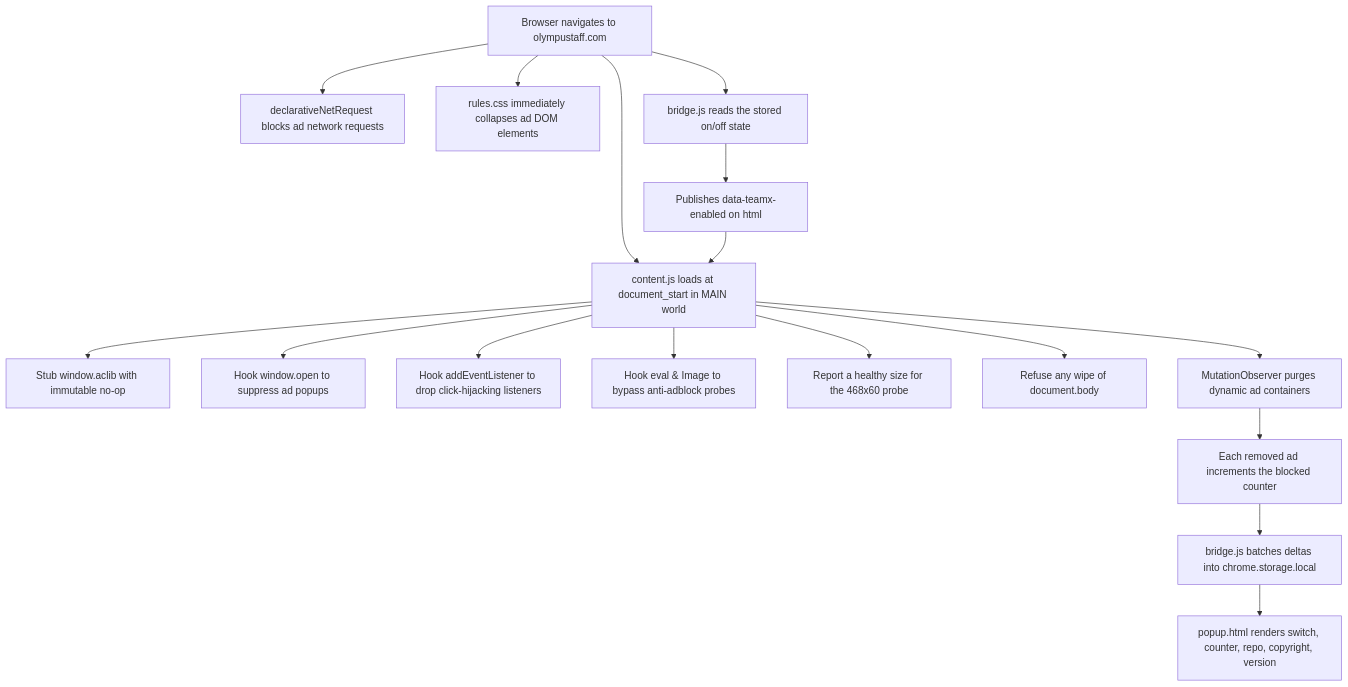
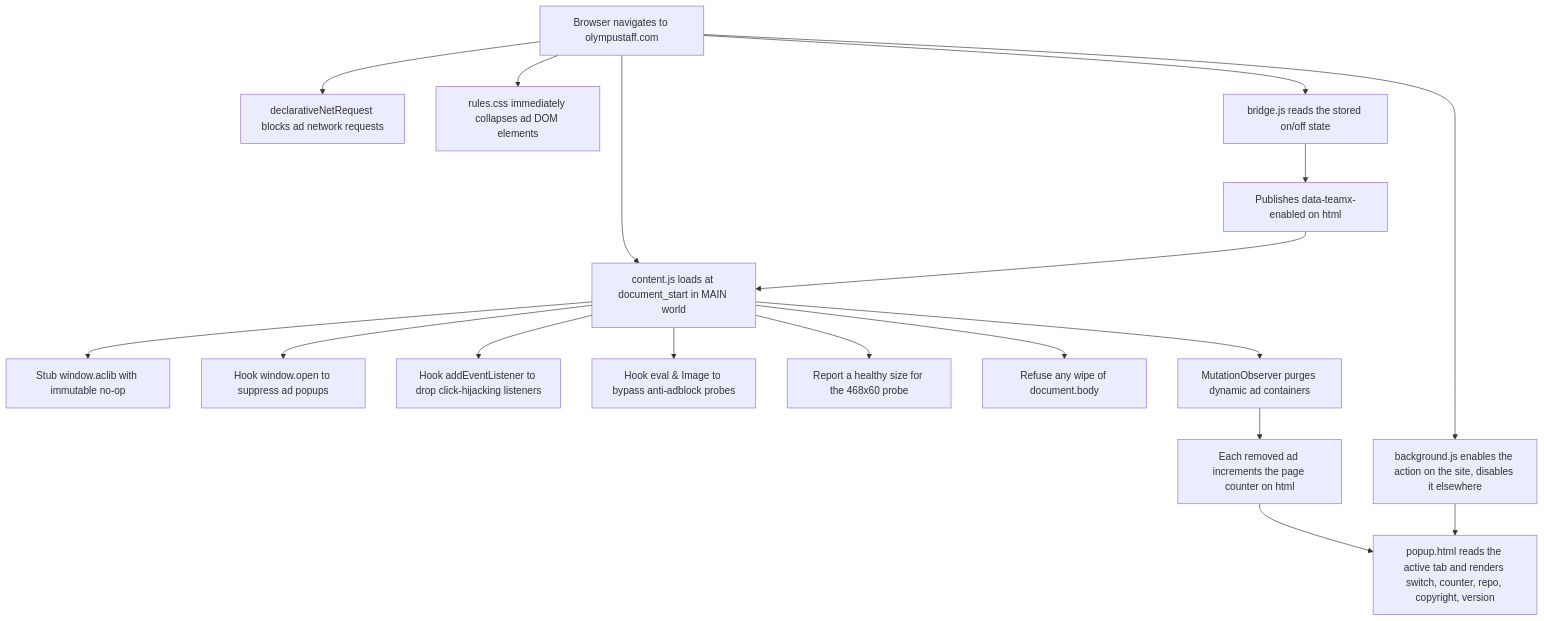
The diagram in docs/ARCHITECTURE.md (shadow-x78/teamx-adblock), drawn with Mermaid before and after one commit. The commit also changed other lines of this file and 1 other file, not shown here.

First line of the commit message:
teamx-adblock | docs: describe the service worker and the per-page counter

````diff
--- a/docs/ARCHITECTURE.md
+++ b/docs/ARCHITECTURE.md
@@ -35,19 +35,20 @@
 ```mermaid
 flowchart TD
     A[Browser navigates to olympustaff.com] --> B[declarativeNetRequest blocks ad network requests]
     A --> C[rules.css immediately collapses ad DOM elements]
     A --> D[bridge.js reads the stored on/off state]
     D --> D2[Publishes data-teamx-enabled on html]
     A --> E[content.js loads at document_start in MAIN world]
     D2 --> E
     E --> F[Stub window.aclib with immutable no-op]
     E --> G[Hook window.open to suppress ad popups]
     E --> H[Hook addEventListener to drop click-hijacking listeners]
     E --> I[Hook eval & Image to bypass anti-adblock probes]
     E --> J[Report a healthy size for the 468x60 probe]
     E --> K[Refuse any wipe of document.body]
     E --> L[MutationObserver purges dynamic ad containers]
-    L --> M[Each removed ad increments the blocked counter]
-    M --> N[bridge.js batches deltas into chrome.storage.local]
-    N --> O[popup.html renders switch, counter, repo, copyright, version]
+    L --> M[Each removed ad increments the page counter on html]
+    A --> P[background.js enables the action on the site, disables it elsewhere]
+    M --> O[popup.html reads the active tab and renders switch, counter, repo, copyright, version]
+    P --> O
 ```
````
